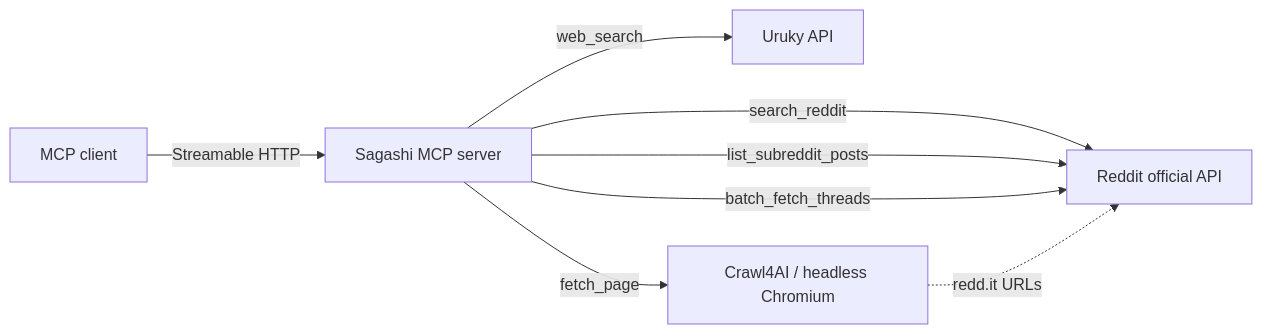
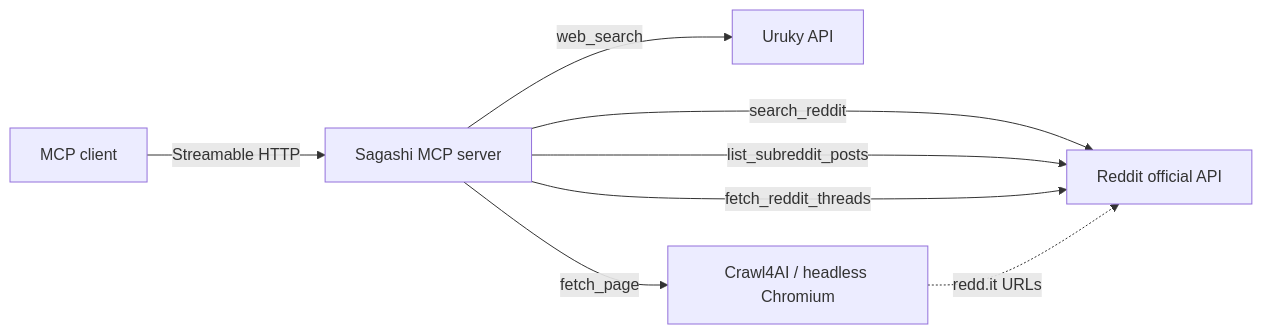
Before and after one commit to divin/sagashi: the diagram in README.md, drawn with Mermaid. The commit also changed other lines of this file and 6 other files, not shown here.

Commit message:
Rename batch_fetch_threads to fetch_reddit_threads (v0.3.1)

````diff
--- a/README.md
+++ b/README.md
@@ -9,10 +9,10 @@
 ```mermaid
 flowchart LR
     A[MCP client] -->|Streamable HTTP| B[Sagashi MCP server]
     B -->|web_search| C[Uruky API]
     B -->|search_reddit| D[Reddit official API]
     B -->|list_subreddit_posts| D
-    B -->|batch_fetch_threads| D
+    B -->|fetch_reddit_threads| D
     B -->|fetch_page| E[Crawl4AI / headless Chromium]
     E -.->|"redd.it URLs"| D
 ```
````
